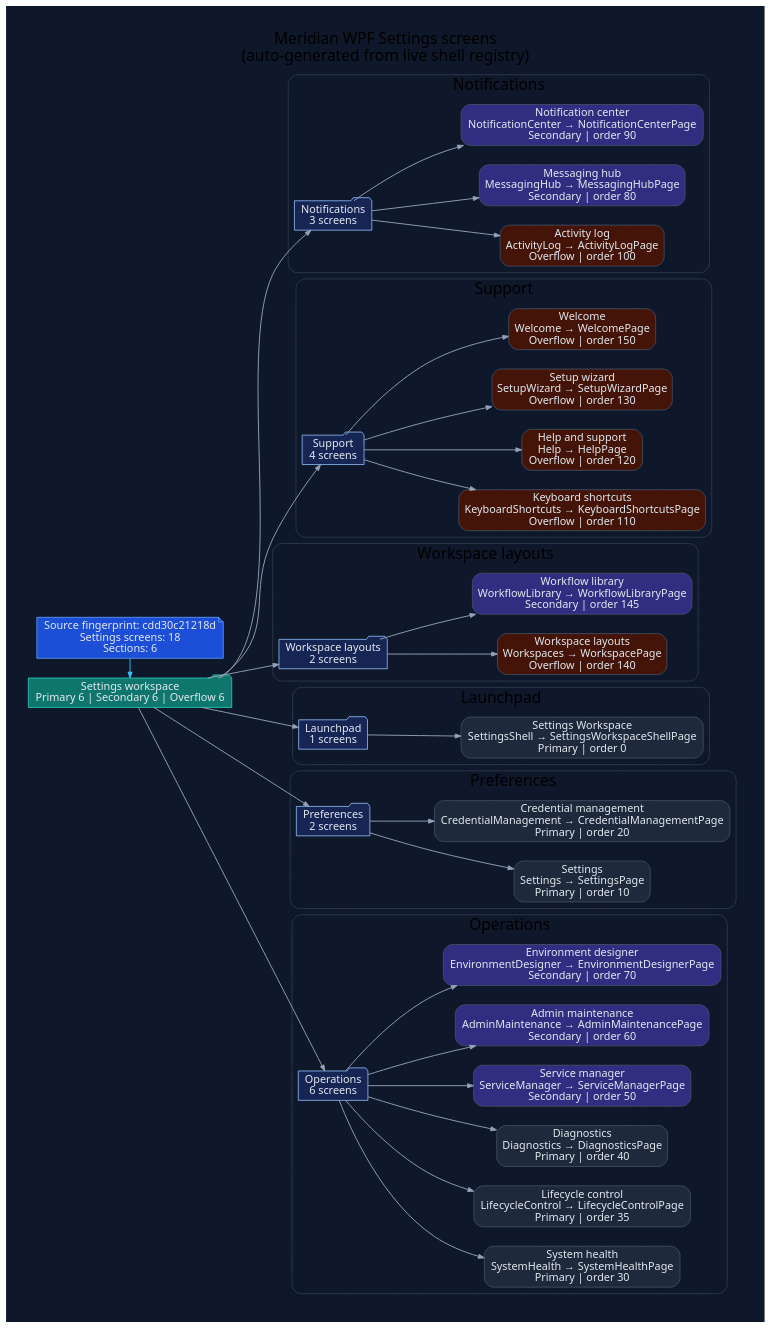
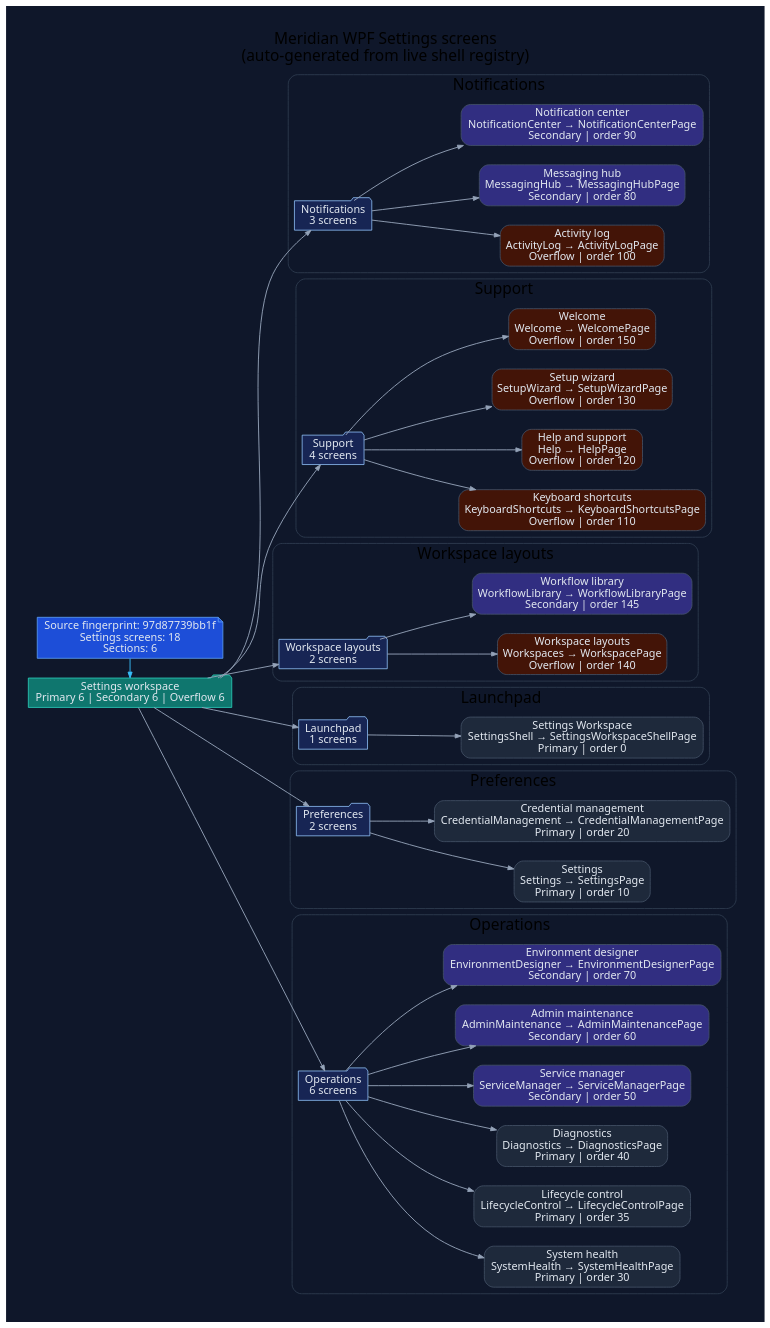
The diagram in docs/diagrams/ui/ui-wpf-screens-settings.dot (rodoHasArrived/Meridian-main), drawn with Graphviz before and after one commit. The commit also changed 43 other files, not shown here.

First line of the commit message:
docs(diagrams): regenerate the WPF screen diagrams for the changed source fingerprint

```diff
--- a/docs/diagrams/ui/ui-wpf-screens-settings.dot
+++ b/docs/diagrams/ui/ui-wpf-screens-settings.dot
@@ -1,110 +1,110 @@
 // -----------------------------------------------------------------------------
 // <auto-generated>
 // Generated by scripts/generate-diagrams.mjs.
 // Do not edit this file directly; update the WPF source files instead.
 // -----------------------------------------------------------------------------
 digraph WpfSettingsScreens {
   graph [
     rankdir=LR,
     labelloc=t,
     label="Meridian WPF Settings screens\n(auto-generated from live shell registry)",
     fontname="Segoe UI",
     fontsize=20,
     pad=0.4,
     nodesep=0.35,
     ranksep=0.85,
     bgcolor="#0f172a"
   ];
   node [fontname="Segoe UI", shape=box, style="rounded,filled", color="#475569", fontcolor="#e2e8f0", fillcolor="#1e293b"];
   edge [fontname="Segoe UI", color="#94a3b8", penwidth=1.2, arrowsize=0.75];
 
-  generated [shape=note, fillcolor="#1d4ed8", color="#60a5fa", label="Source fingerprint: cdd30c21218d\nSettings screens: 18\nSections: 6"];
+  generated [shape=note, fillcolor="#1d4ed8", color="#60a5fa", label="Source fingerprint: 97d87739bb1f\nSettings screens: 18\nSections: 6"];
   workspace [shape=folder, fillcolor="#0f766e", color="#2dd4bf", label="Settings workspace\nPrimary 6 | Secondary 6 | Overflow 6"];
   generated -> workspace [color="#38bdf8"];
 
   subgraph cluster_section_1 {
     label="Notifications";
     color="#334155";
     style="rounded";
     section_1 [shape=folder, fillcolor="#172554", color="#93c5fd", label="Notifications\n3 screens"];
     workspace -> section_1;
     screen_ActivityLog [fillcolor="#431407", label="Activity log\nActivityLog → ActivityLogPage\nOverflow | order 100"];
     section_1 -> screen_ActivityLog;
     screen_MessagingHub [fillcolor="#312e81", label="Messaging hub\nMessagingHub → MessagingHubPage\nSecondary | order 80"];
     section_1 -> screen_MessagingHub;
     screen_NotificationCenter [fillcolor="#312e81", label="Notification center\nNotificationCenter → NotificationCenterPage\nSecondary | order 90"];
     section_1 -> screen_NotificationCenter;
   }
 
   subgraph cluster_section_2 {
     label="Support";
     color="#334155";
     style="rounded";
     section_2 [shape=folder, fillcolor="#172554", color="#93c5fd", label="Support\n4 screens"];
     workspace -> section_2;
     screen_KeyboardShortcuts [fillcolor="#431407", label="Keyboard shortcuts\nKeyboardShortcuts → KeyboardShortcutsPage\nOverflow | order 110"];
     section_2 -> screen_KeyboardShortcuts;
     screen_Help [fillcolor="#431407", label="Help and support\nHelp → HelpPage\nOverflow | order 120"];
     section_2 -> screen_Help;
     screen_SetupWizard [fillcolor="#431407", label="Setup wizard\nSetupWizard → SetupWizardPage\nOverflow | order 130"];
     section_2 -> screen_SetupWizard;
     screen_Welcome [fillcolor="#431407", label="Welcome\nWelcome → WelcomePage\nOverflow | order 150"];
     section_2 -> screen_Welcome;
   }
 
   subgraph cluster_section_3 {
     label="Workspace layouts";
     color="#334155";
     style="rounded";
     section_3 [shape=folder, fillcolor="#172554", color="#93c5fd", label="Workspace layouts\n2 screens"];
     workspace -> section_3;
     screen_Workspaces [fillcolor="#431407", label="Workspace layouts\nWorkspaces → WorkspacePage\nOverflow | order 140"];
     section_3 -> screen_Workspaces;
     screen_WorkflowLibrary [fillcolor="#312e81", label="Workflow library\nWorkflowLibrary → WorkflowLibraryPage\nSecondary | order 145"];
     section_3 -> screen_WorkflowLibrary;
   }
 
   subgraph cluster_section_4 {
     label="Launchpad";
     color="#334155";
     style="rounded";
     section_4 [shape=folder, fillcolor="#172554", color="#93c5fd", label="Launchpad\n1 screens"];
     workspace -> section_4;
     screen_SettingsShell [fillcolor="#1e293b", label="Settings Workspace\nSettingsShell → SettingsWorkspaceShellPage\nPrimary | order 0"];
     section_4 -> screen_SettingsShell;
   }
 
   subgraph cluster_section_5 {
     label="Preferences";
     color="#334155";
     style="rounded";
     section_5 [shape=folder, fillcolor="#172554", color="#93c5fd", label="Preferences\n2 screens"];
     workspace -> section_5;
     screen_Settings [fillcolor="#1e293b", label="Settings\nSettings → SettingsPage\nPrimary | order 10"];
     section_5 -> screen_Settings;
     screen_CredentialManagement [fillcolor="#1e293b", label="Credential management\nCredentialManagement → CredentialManagementPage\nPrimary | order 20"];
     section_5 -> screen_CredentialManagement;
   }
 
   subgraph cluster_section_6 {
     label="Operations";
     color="#334155";
     style="rounded";
     section_6 [shape=folder, fillcolor="#172554", color="#93c5fd", label="Operations\n6 screens"];
     workspace -> section_6;
     screen_SystemHealth [fillcolor="#1e293b", label="System health\nSystemHealth → SystemHealthPage\nPrimary | order 30"];
     section_6 -> screen_SystemHealth;
     screen_LifecycleControl [fillcolor="#1e293b", label="Lifecycle control\nLifecycleControl → LifecycleControlPage\nPrimary | order 35"];
     section_6 -> screen_LifecycleControl;
     screen_Diagnostics [fillcolor="#1e293b", label="Diagnostics\nDiagnostics → DiagnosticsPage\nPrimary | order 40"];
     section_6 -> screen_Diagnostics;
     screen_ServiceManager [fillcolor="#312e81", label="Service manager\nServiceManager → ServiceManagerPage\nSecondary | order 50"];
     section_6 -> screen_ServiceManager;
     screen_AdminMaintenance [fillcolor="#312e81", label="Admin maintenance\nAdminMaintenance → AdminMaintenancePage\nSecondary | order 60"];
     section_6 -> screen_AdminMaintenance;
     screen_EnvironmentDesigner [fillcolor="#312e81", label="Environment designer\nEnvironmentDesigner → EnvironmentDesignerPage\nSecondary | order 70"];
     section_6 -> screen_EnvironmentDesigner;
   }
 
   { rank=min; generated; workspace; }
 }
```
